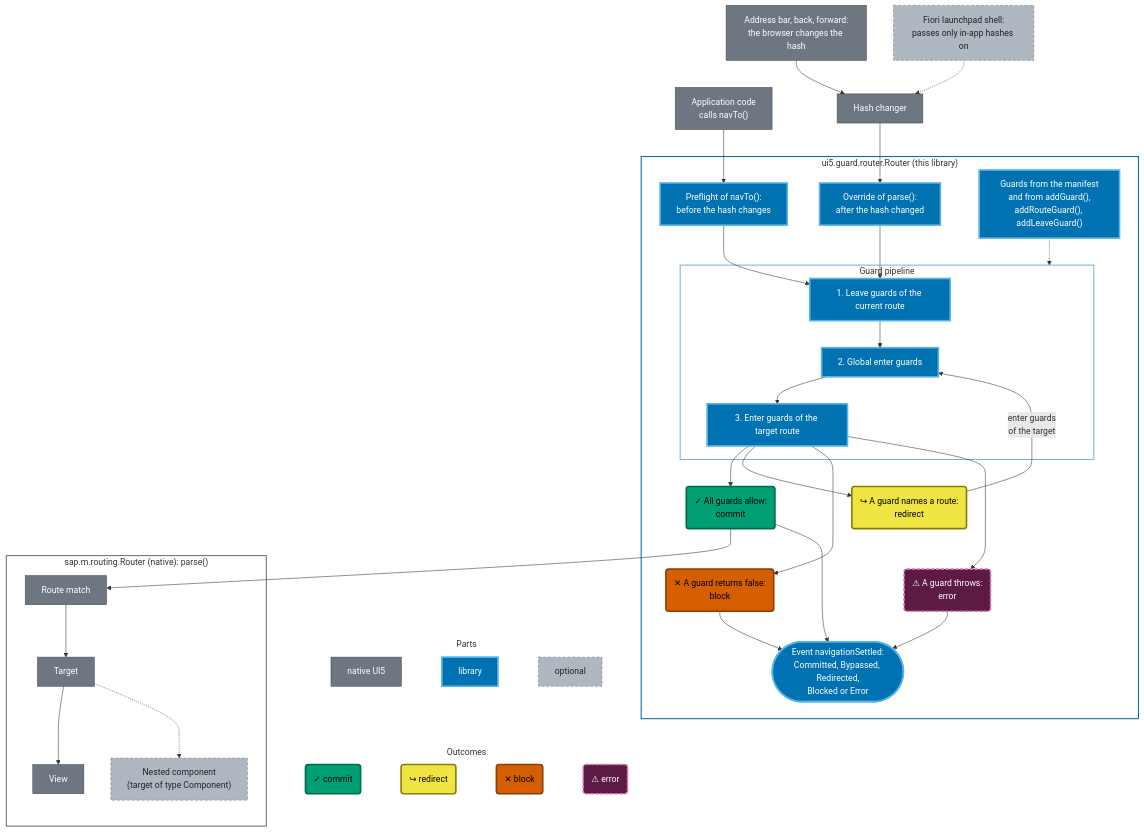
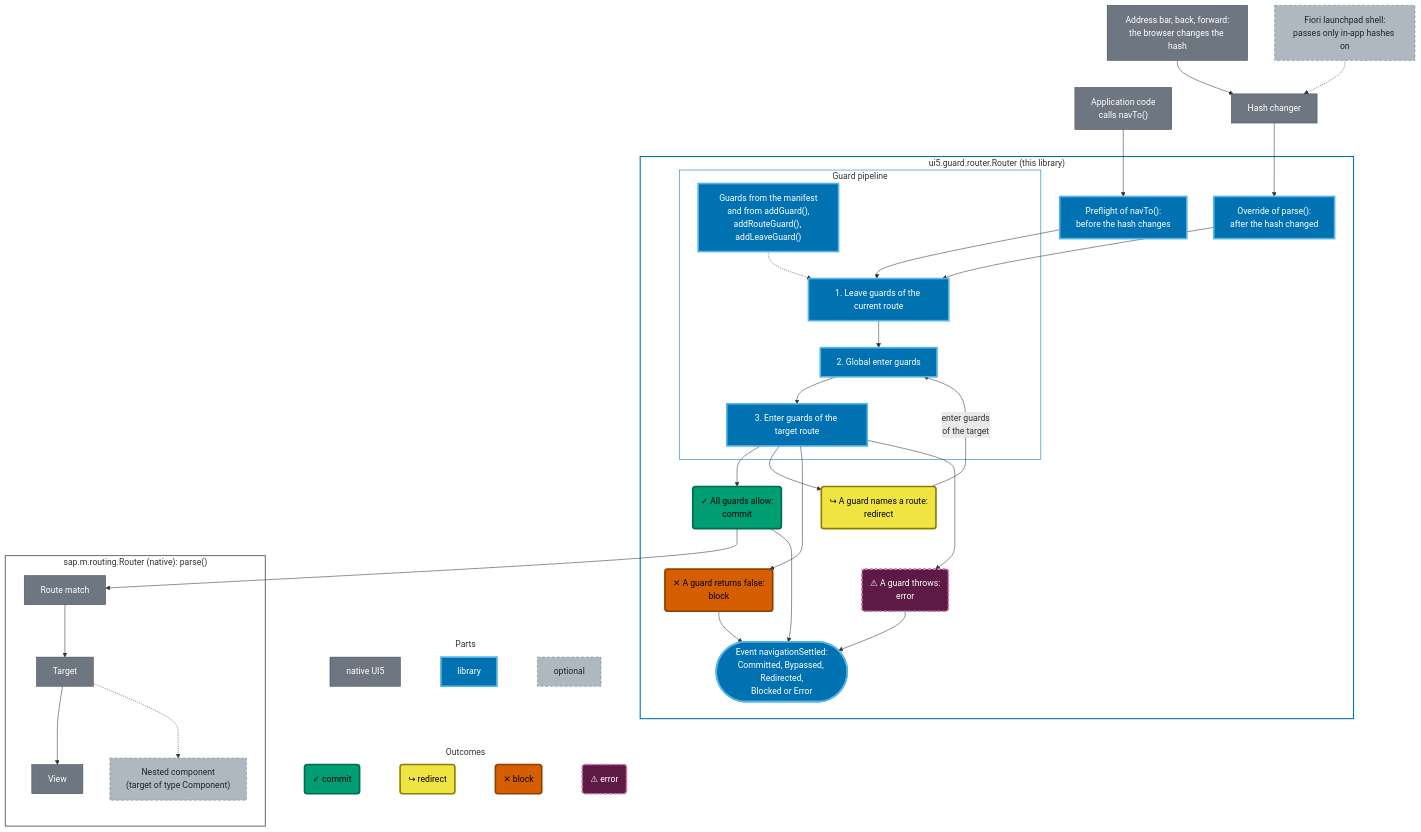
Before and after one commit to wridgeu/ui5-lib-guard-router: the first of 9 diagrams in packages/lib/README.md, drawn with Mermaid. The commit also changed 2 other files, not shown here.

Commit message:
docs: fit the overview and the demo route map into the column
The overview of the library README keeps its parts and legend and renders
695px wide instead of 854px. The demo route map shows every route of both
manifests with pattern, target and view, and every guard with what it does,
in manifest order. The diagram style states the 740px limit.

Claude-Session: https://claude.ai/code/session_01WgqSRUKcbEApXUbdrBBVmr

````diff
--- a/packages/lib/README.md
+++ b/packages/lib/README.md
@@ -183,4 +183,9 @@
 ```mermaid
+---
+config:
+  flowchart:
+    minNodeWidth: 60
+---
 flowchart TD
     bar["Address bar, back, forward:<br/>the browser changes the hash"]
     shell["Fiori launchpad shell:<br/>passes only in-app hashes on"]
@@ -190,8 +195,8 @@
     subgraph added ["ui5.guard.router.Router (this library)"]
         preflight["Preflight of navTo():<br/>before the hash changes"]
         parse["Override of parse():<br/>after the hash changed"]
-        sources["Guards from the manifest<br/>and from addGuard(),<br/>addRouteGuard(), addLeaveGuard()"]
         subgraph pipeline ["Guard pipeline"]
+            sources["Guards from the manifest<br/>and from addGuard(),<br/>addRouteGuard(), addLeaveGuard()"]
             leave["1. Leave guards of the current route"]
             global["2. Global enter guards"]
             enter["3. Enter guards of the target route"]
@@ -215,7 +220,7 @@
     appCode --> preflight
     preflight --> leave
     parse --> leave
-    sources -.-> pipeline
+    sources -.-> leave
 
     enter --> commit
     enter --> redirect
````
